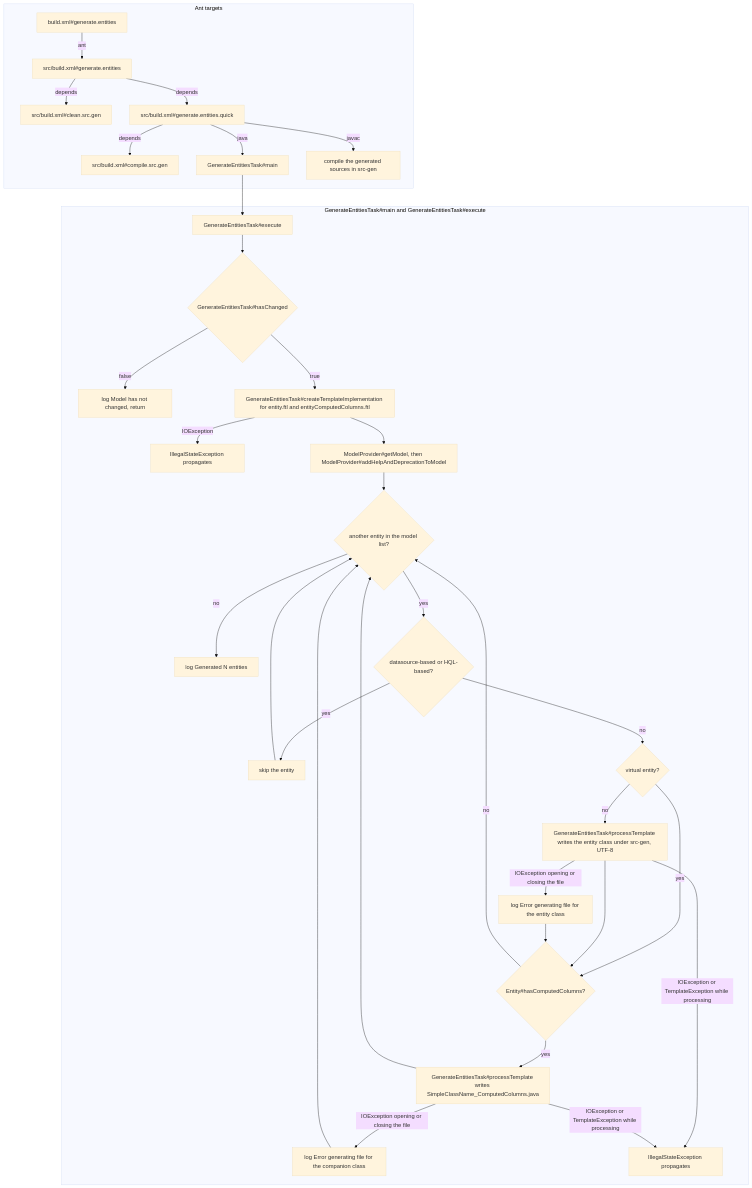
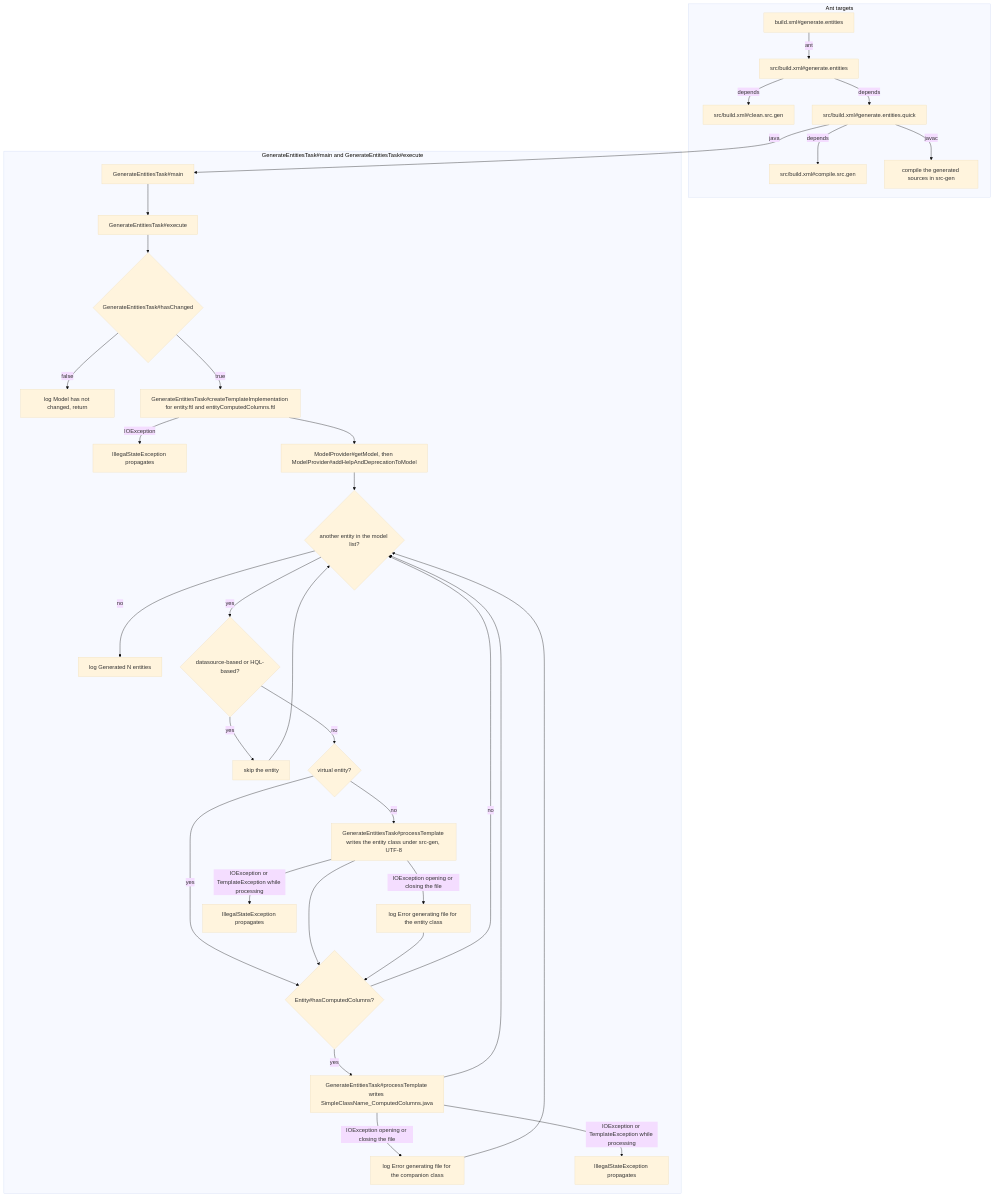
One commit to blitzy-public-samples/openbravo-erp changed the third of 4 diagrams in docs/orm/01-architecture.md. Above: the diagram before and after it, drawn with Mermaid (base theme). The commit also changed other lines of this file, not shown here.

First line of the commit message:
docs(orm): make the architecture diagrams render intact and legible

````diff
--- a/docs/orm/01-architecture.md
+++ b/docs/orm/01-architecture.md
@@ -206,37 +227,37 @@
 ```mermaid
 flowchart TD
   subgraph build["Ant targets"]
     RGE["build.xml#generate.entities"] -->|ant| SGE["src/build.xml#generate.entities"]
     SGE -->|depends| CSG["src/build.xml#clean.src.gen"]
     SGE -->|depends| GEQ["src/build.xml#generate.entities.quick"]
     GEQ -->|depends| CSRC["src/build.xml#compile.src.gen"]
-    GEQ -->|java| MAIN["GenerateEntitiesTask#main"]
     GEQ -->|javac| JAVAC["compile the generated sources in src-gen"]
   end
   subgraph task["GenerateEntitiesTask#main and GenerateEntitiesTask#execute"]
-    MAIN --> EXEC["GenerateEntitiesTask#execute"]
+    MAIN["GenerateEntitiesTask#main"] --> EXEC["GenerateEntitiesTask#execute"]
     EXEC --> HC{"GenerateEntitiesTask#hasChanged"}
     HC -->|false| STOP["log Model has not changed, return"]
     HC -->|true| TPL["GenerateEntitiesTask#createTemplateImplementation for entity.ftl and entityComputedColumns.ftl"]
     TPL -->|IOException| ISE1["IllegalStateException propagates"]
     TPL --> MODEL["ModelProvider#getModel, then ModelProvider#addHelpAndDeprecationToModel"]
     MODEL --> NEXT{"another entity in the model list?"}
     NEXT -->|no| DONE["log Generated N entities"]
     NEXT -->|yes| EACH{"datasource-based or HQL-based?"}
     EACH -->|yes| SKIP["skip the entity"]
     SKIP --> NEXT
     EACH -->|no| VIRT{"virtual entity?"}
     VIRT -->|no| WRITE["GenerateEntitiesTask#processTemplate writes the entity class under src-gen, UTF-8"]
     VIRT -->|yes| CC{"Entity#hasComputedColumns?"}
     WRITE --> CC
     WRITE -->|IOException opening or closing the file| LOGM["log Error generating file for the entity class"]
     LOGM --> CC
     CC -->|no| NEXT
     CC -->|yes| WCC["GenerateEntitiesTask#processTemplate writes SimpleClassName_ComputedColumns.java"]
     WCC --> NEXT
     WCC -->|IOException opening or closing the file| LOGC["log Error generating file for the companion class"]
     LOGC --> NEXT
     WRITE -->|IOException or TemplateException while processing| ISE2["IllegalStateException propagates"]
-    WCC -->|IOException or TemplateException while processing| ISE2
+    WCC -->|IOException or TemplateException while processing| ISE3["IllegalStateException propagates"]
   end
+  GEQ -->|java| MAIN
 ```
````
